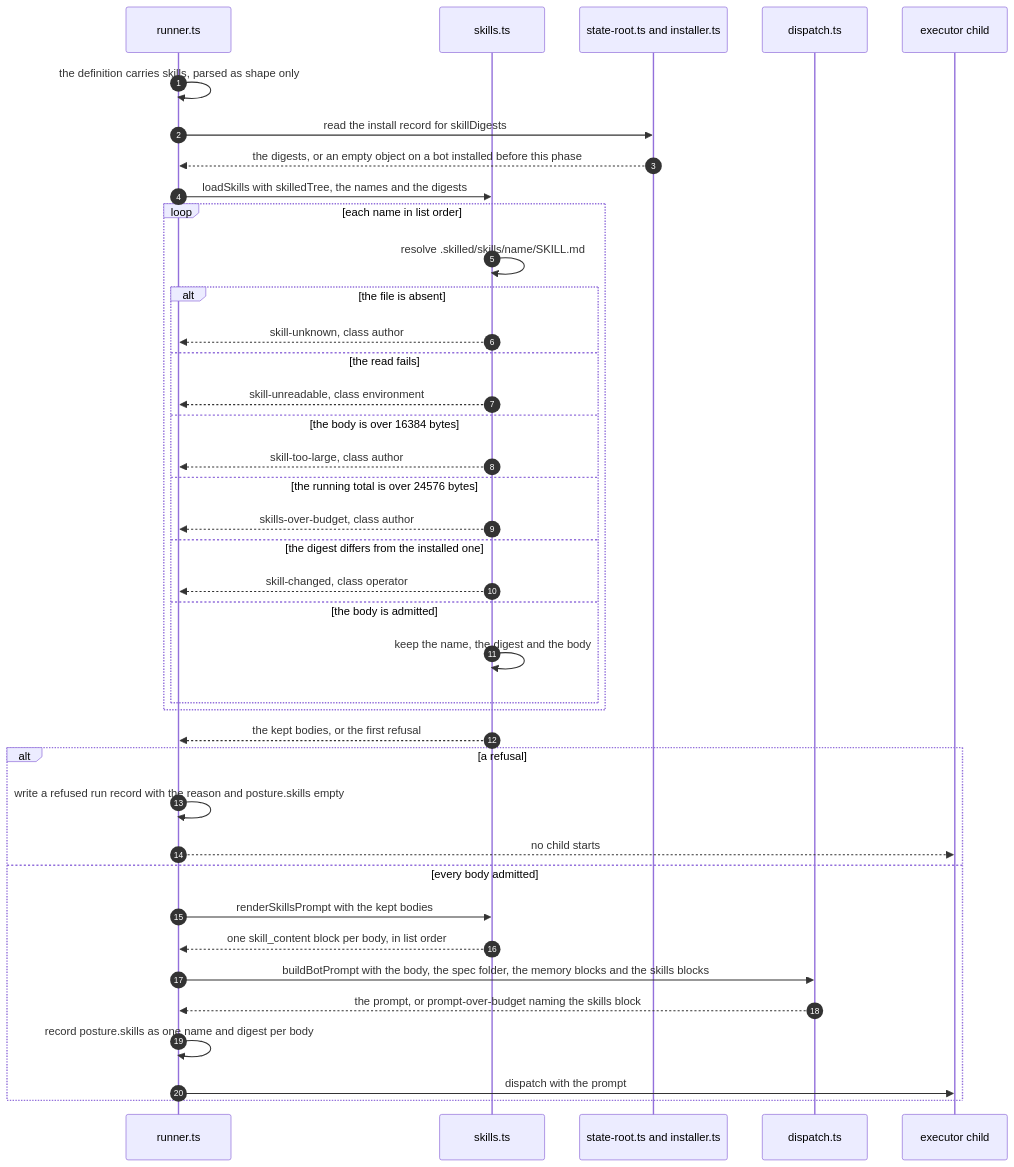
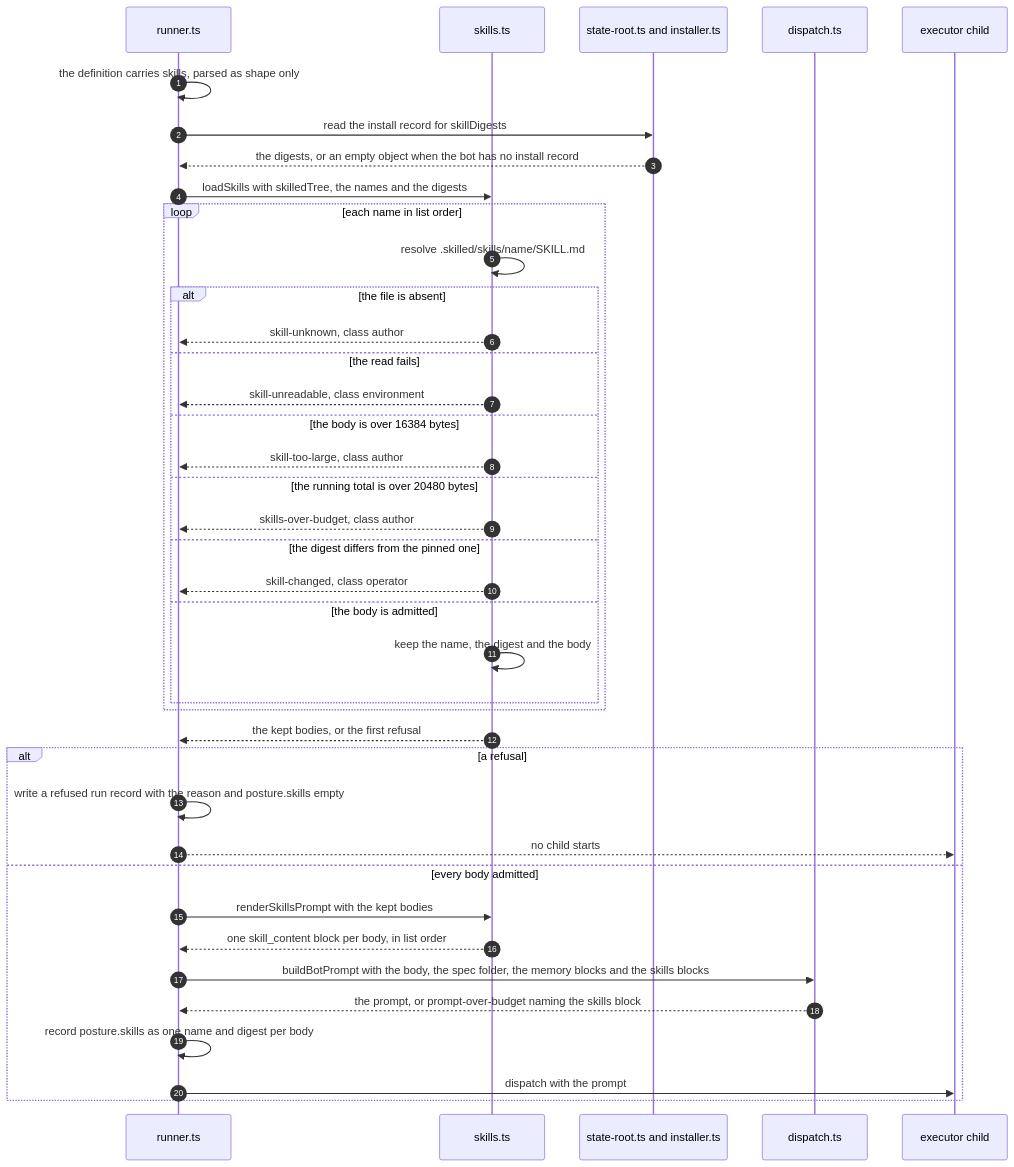
The first of 4 diagrams in specs/system-skilled-bots/003-openbot-parity-build/009-skills/design/sequences.md (MichelKerkmeester/skilled-agent-harness_spec-driven-loops), drawn with Mermaid before and after one commit. The commit also changed other lines of this file and 91 other files, not shown here.

````diff
--- a/specs/system-skilled-bots/003-openbot-parity-build/009-skills/design/sequences.md
+++ b/specs/system-skilled-bots/003-openbot-parity-build/009-skills/design/sequences.md
@@ -25,42 +25,42 @@
 ```mermaid
 sequenceDiagram
   autonumber
   participant Rn as runner.ts
   participant Sk as skills.ts
   participant St as state-root.ts and installer.ts
   participant Dp as dispatch.ts
   participant Ch as executor child
 
   Rn->>Rn: the definition carries skills, parsed as shape only
   Rn->>St: read the install record for skillDigests
-  St-->>Rn: the digests, or an empty object on a bot installed before this phase
+  St-->>Rn: the digests, or an empty object when the bot has no install record
   Rn->>Sk: loadSkills with skilledTree, the names and the digests
   loop each name in list order
     Sk->>Sk: resolve .skilled/skills/name/SKILL.md
     alt the file is absent
       Sk-->>Rn: skill-unknown, class author
     else the read fails
       Sk-->>Rn: skill-unreadable, class environment
     else the body is over 16384 bytes
       Sk-->>Rn: skill-too-large, class author
-    else the running total is over 24576 bytes
+    else the running total is over 20480 bytes
       Sk-->>Rn: skills-over-budget, class author
-    else the digest differs from the installed one
+    else the digest differs from the pinned one
       Sk-->>Rn: skill-changed, class operator
     else the body is admitted
       Sk->>Sk: keep the name, the digest and the body
     end
   end
   Sk-->>Rn: the kept bodies, or the first refusal
   alt a refusal
     Rn->>Rn: write a refused run record with the reason and posture.skills empty
     Rn-->>Ch: no child starts
   else every body admitted
     Rn->>Sk: renderSkillsPrompt with the kept bodies
     Sk-->>Rn: one skill_content block per body, in list order
     Rn->>Dp: buildBotPrompt with the body, the spec folder, the memory blocks and the skills blocks
     Dp-->>Rn: the prompt, or prompt-over-budget naming the skills block
     Rn->>Rn: record posture.skills as one name and digest per body
     Rn->>Ch: dispatch with the prompt
   end
 ```
````
